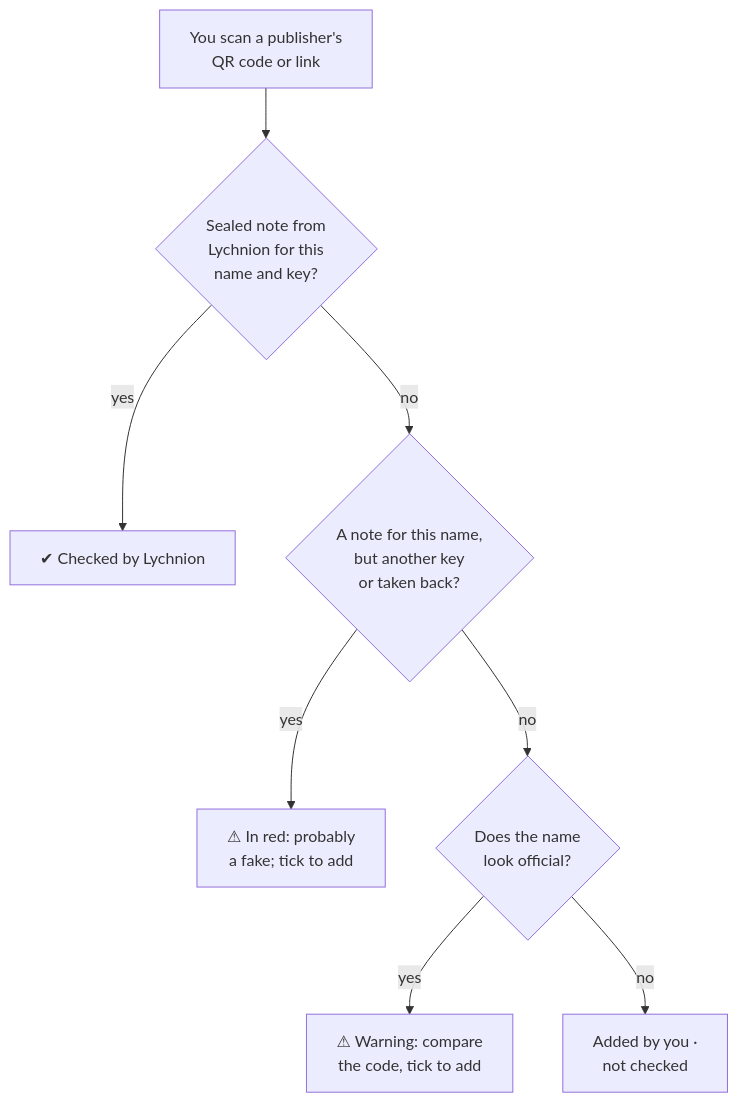
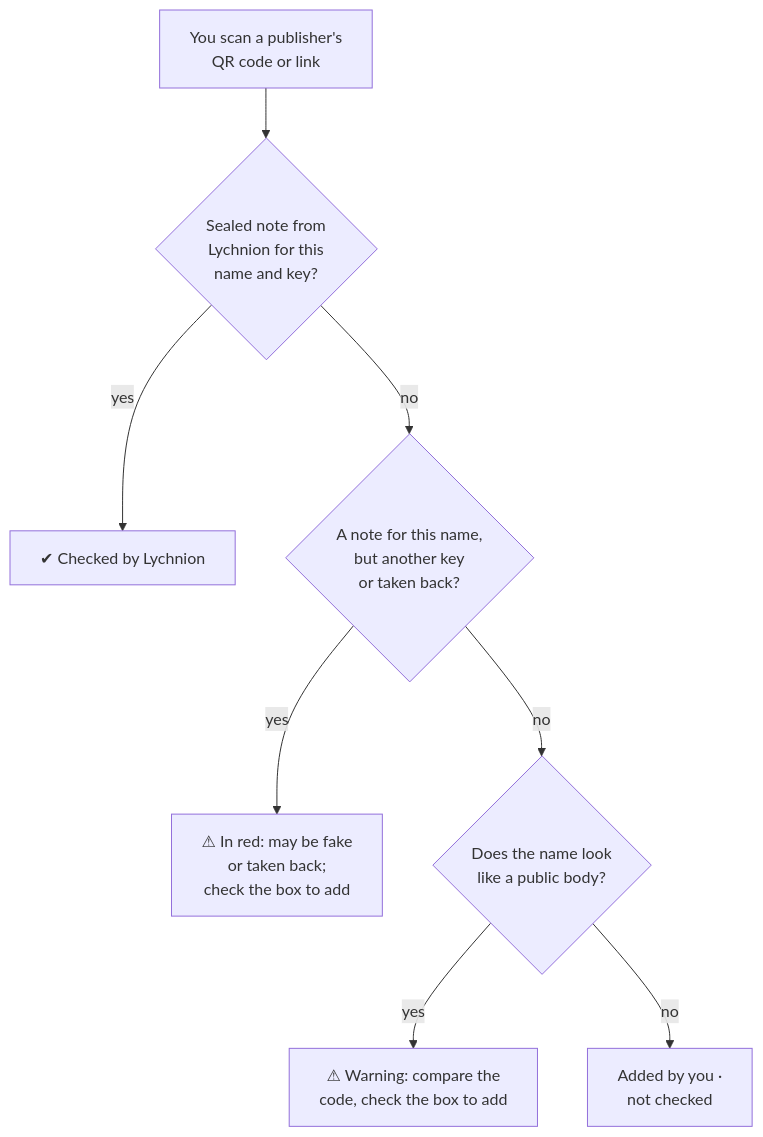
The second of 2 diagrams in docs/checked-publishers-explained.md (lychnion/lychnion), drawn with Mermaid before and after one commit. The commit also changed other lines of this file and 1 other file, not shown here.

````diff
--- a/docs/checked-publishers-explained.md
+++ b/docs/checked-publishers-explained.md
@@ -70,18 +82,18 @@
 ```mermaid
 flowchart TD
   q["You scan a publisher's<br>QR code or link"]
   a{"Sealed note from<br>Lychnion for this<br>name and key?"}
   ok["✔ Checked by Lychnion"]
   b{"A note for this name,<br>but another key<br>or taken back?"}
-  red["⚠ In red: probably<br>a fake; tick to add"]
-  c{"Does the name<br>look official?"}
-  warn["⚠ Warning: compare<br>the code, tick to add"]
+  red["⚠ In red: may be fake<br>or taken back;<br>check the box to add"]
+  c{"Does the name look<br>like a public body?"}
+  warn["⚠ Warning: compare the<br>code, check the box to add"]
   plain["Added by you ·<br>not checked"]
   q --> a
   a -- yes --> ok
   a -- no --> b
   b -- yes --> red
   b -- no --> c
   c -- yes --> warn
   c -- no --> plain
 ```
````
